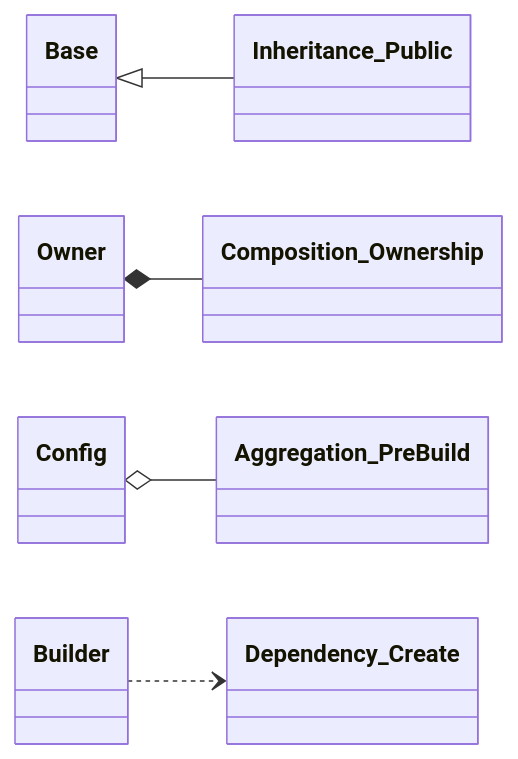
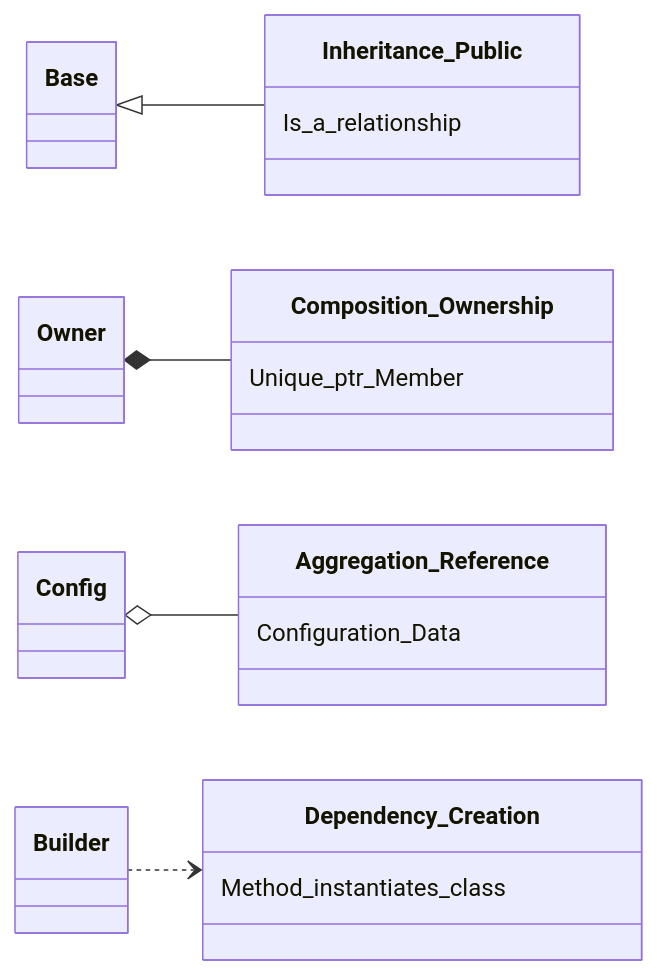
One commit to Cichlidfishexigency721/Modern-CPP-Design-Patterns changed the second of 2 diagrams in 01_Builder/Dynamic_example/diagram.md. Above: the diagram before and after it, drawn with Mermaid.

````diff
--- a/01_Builder/Dynamic_example/diagram.md
+++ b/01_Builder/Dynamic_example/diagram.md
@@ -43,13 +43,13 @@
 ```mermaid
 classDiagram
     direction LR
-    class Inheritance_Public
-    class Composition_Ownership
-    class Aggregation_PreBuild
-    class Dependency_Create
+    class Inheritance_Public { Is_a_relationship }
+    class Composition_Ownership { Unique_ptr_Member }
+    class Aggregation_Reference { Configuration_Data }
+    class Dependency_Creation { Method_instantiates_class }
 
     Base <|-- Inheritance_Public
     Owner *-- Composition_Ownership
-    Config o-- Aggregation_PreBuild
-    Builder ..> Dependency_Create
+    Config o-- Aggregation_Reference
+    Builder ..> Dependency_Creation
 ```
````
